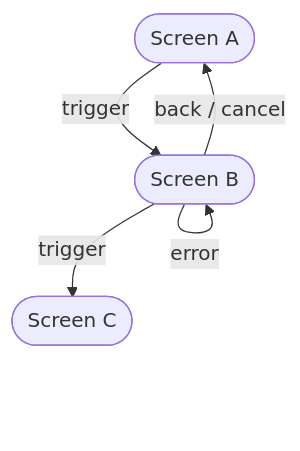
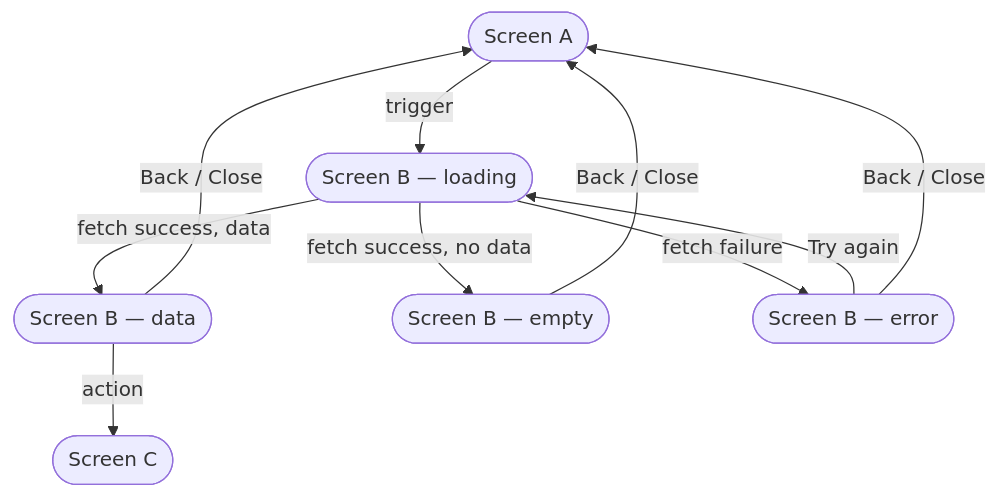
Before and after one commit to vshidlovsky/prd-agents-framework: the diagram in templates/sections/screen-flow.md, drawn with Mermaid. The commit also changed other lines of this file, not shown here.

First line of the commit message:
Improve screen-flow section pack with explicit state diagram requirements

````diff
--- a/templates/sections/screen-flow.md
+++ b/templates/sections/screen-flow.md
@@ -17,7 +31,12 @@
 ```mermaid
 flowchart TD
-    A([Screen A]) -->|trigger| B([Screen B])
-    B -->|trigger| C([Screen C])
-    B -->|error| B
-    B -->|back / cancel| A
+    A([Screen A]) -->|trigger| B([Screen B — loading])
+    B -->|fetch success, data| C([Screen B — data])
+    B -->|fetch success, no data| D([Screen B — empty])
+    B -->|fetch failure| E([Screen B — error])
+    E -->|Try again| B
+    C -->|action| F([Screen C])
+    C -->|Back / Close| A
+    D -->|Back / Close| A
+    E -->|Back / Close| A
 ```
````
